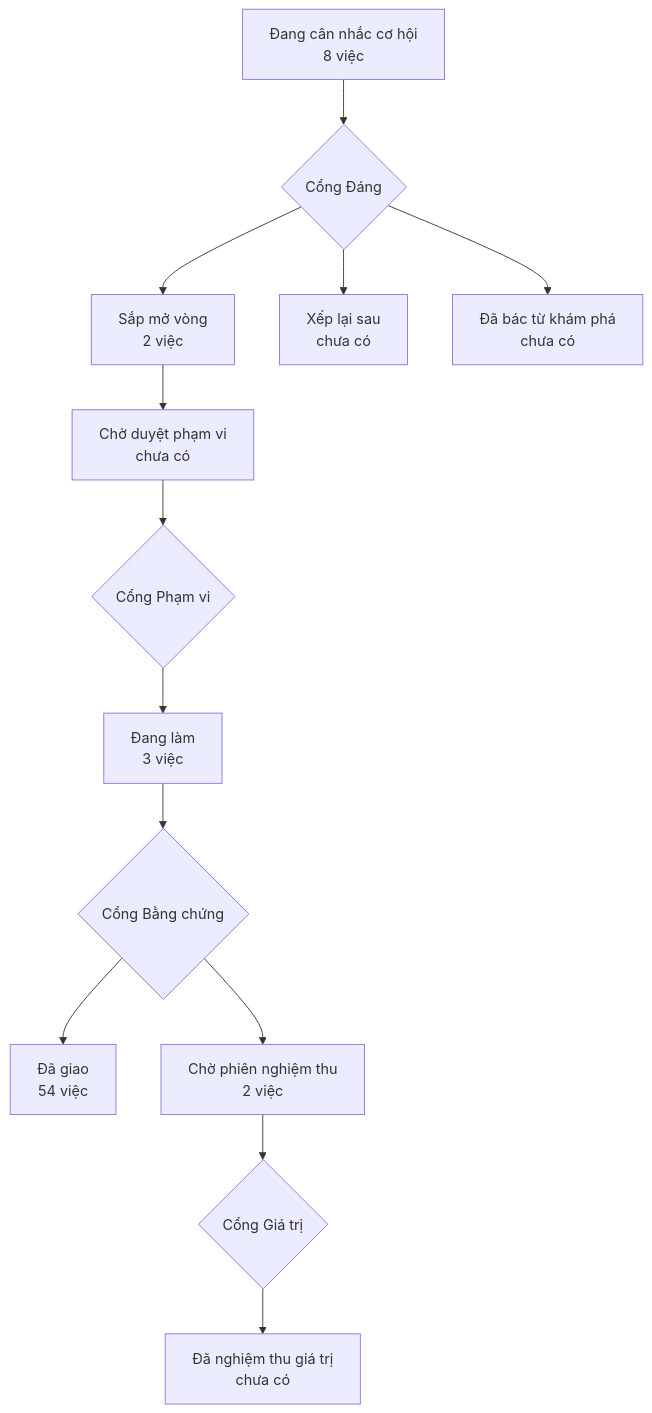
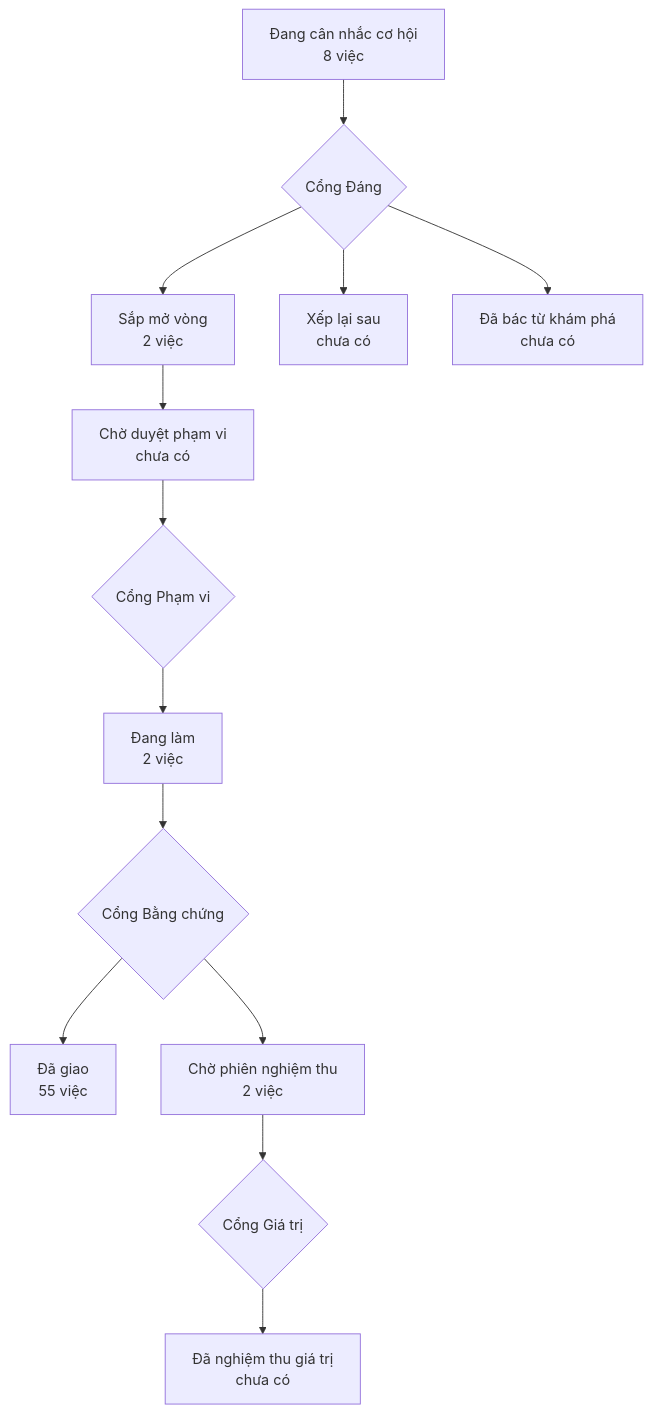
Before and after one commit to phanlemanh/acceptance-gate-kit: the diagram in PRODUCT-MAP.md, drawn with Mermaid. The commit also changed 3 other files, not shown here.

Commit message:
acceptance(lenh-tran-tai-lieu-dau-tay): owner ký Cổng Bằng chứng 2026-08-23 — signed-off + bản đồ vẽ lại cùng lượt

````diff
--- a/PRODUCT-MAP.md
+++ b/PRODUCT-MAP.md
@@ -6,12 +6,12 @@
 ```mermaid
 flowchart TD
   A["Đang cân nhắc cơ hội<br/>8 việc"] --> GD{"Cổng Đáng"}
   GD --> B["Sắp mở vòng<br/>2 việc"]
   GD --> XL["Xếp lại sau<br/>chưa có"]
   GD --> DB["Đã bác từ khám phá<br/>chưa có"]
   B --> CD["Chờ duyệt phạm vi<br/>chưa có"] --> GP{"Cổng Phạm vi"}
-  GP --> DL["Đang làm<br/>3 việc"] --> GB{"Cổng Bằng chứng"}
-  GB --> DG["Đã giao<br/>54 việc"]
+  GP --> DL["Đang làm<br/>2 việc"] --> GB{"Cổng Bằng chứng"}
+  GB --> DG["Đã giao<br/>55 việc"]
   GB --> CN["Chờ phiên nghiệm thu<br/>2 việc"] --> GG{"Cổng Giá trị"}
   GG --> NT["Đã nghiệm thu giá trị<br/>chưa có"]
 ```
````
